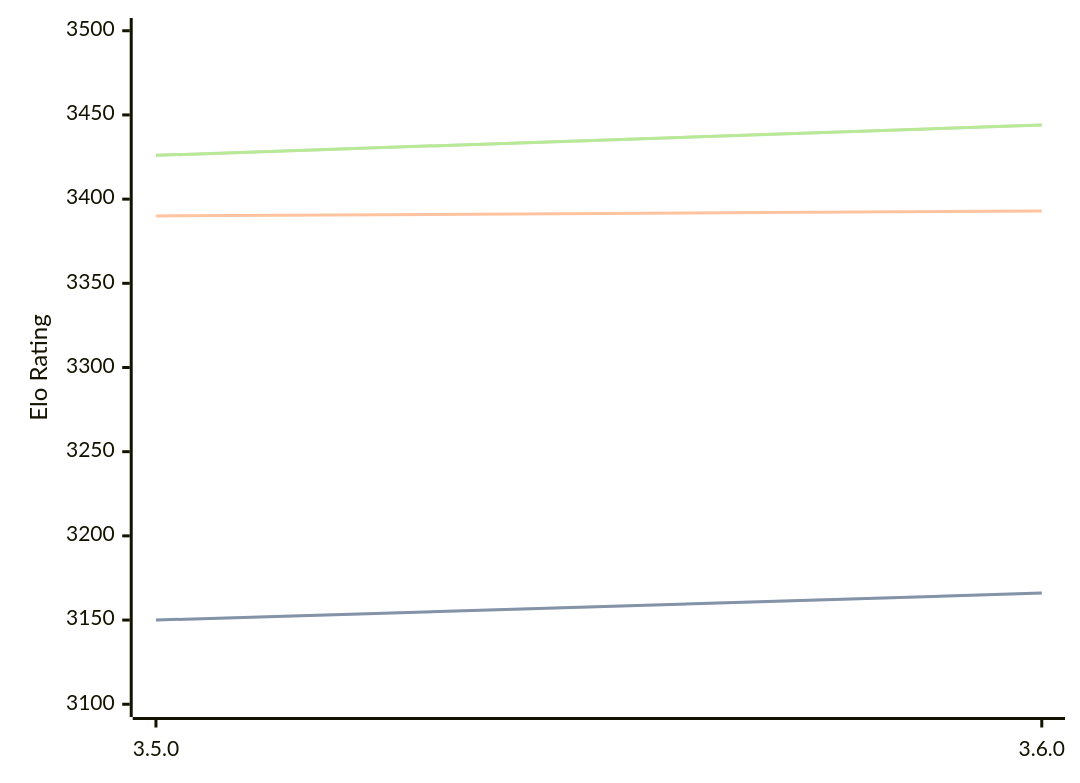
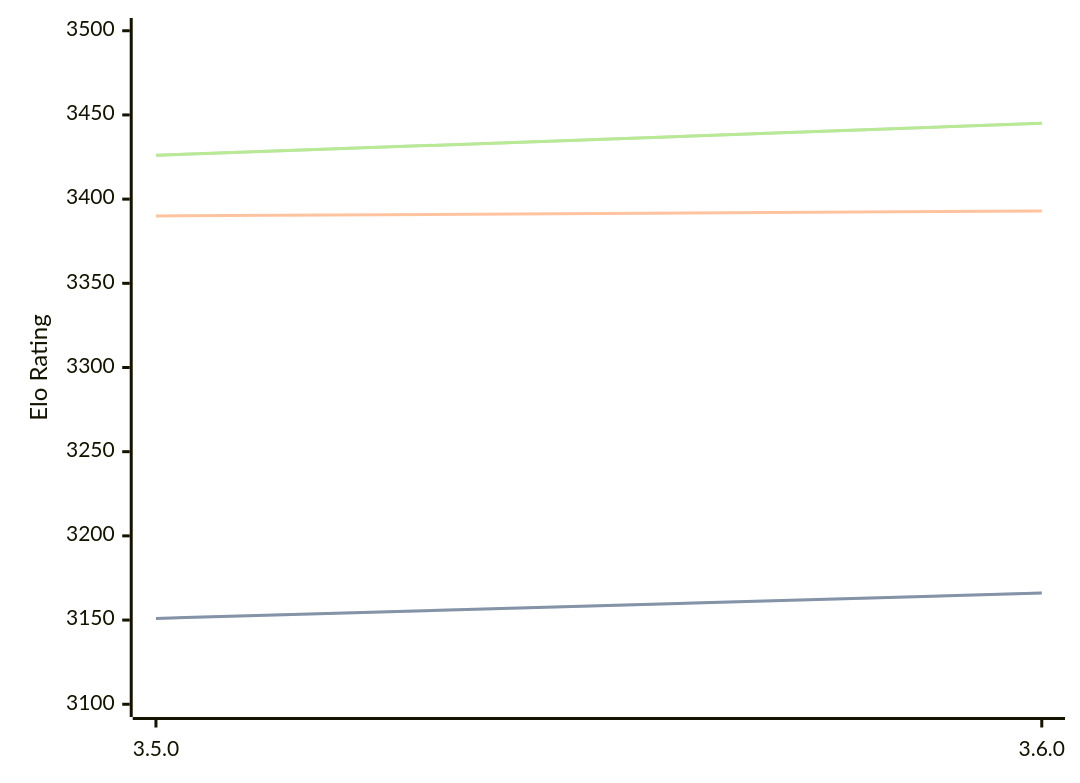
The diagram in engines/Igel.md (computer-chess-index/cci), drawn with Mermaid before and after one commit. The commit also changed other lines of this file, not shown here.

Commit message:
Update CCI Ratings (ELO VLTC) - 2026-07-19

````diff
--- a/engines/Igel.md
+++ b/engines/Igel.md
@@ -68,11 +68,11 @@
 ```mermaid
 %%{init: {"theme":"base","themeVariables":{"seriesColors:['#a3a3a3','#222221','#faa371']}}}%%
 xychart-beta
   x-axis ["3.5.0", "3.6.0"]
   y-axis "Elo Rating" 3100 --> 3500
-  line "STC (8.0+0.08s)" [3150, 3166]
-  line "STC (8.0+0.08s)" [3150, 3166]
+  line "STC (8.0+0.08s)" [3151, 3166]
+  line "STC (8.0+0.08s)" [3151, 3166]
   line "LTC (60.0+0.60s)" [3390, 3393]
-  line "VLTC (2m24s+1.12s)" [3426, 3444]
-  line "VLTC (2m24s+1.12s)" [3426, 3444]
+  line "VLTC (2m24s+1.12s)" [3426, 3445]
+  line "VLTC (2m24s+1.12s)" [3426, 3445]
 ```
````
